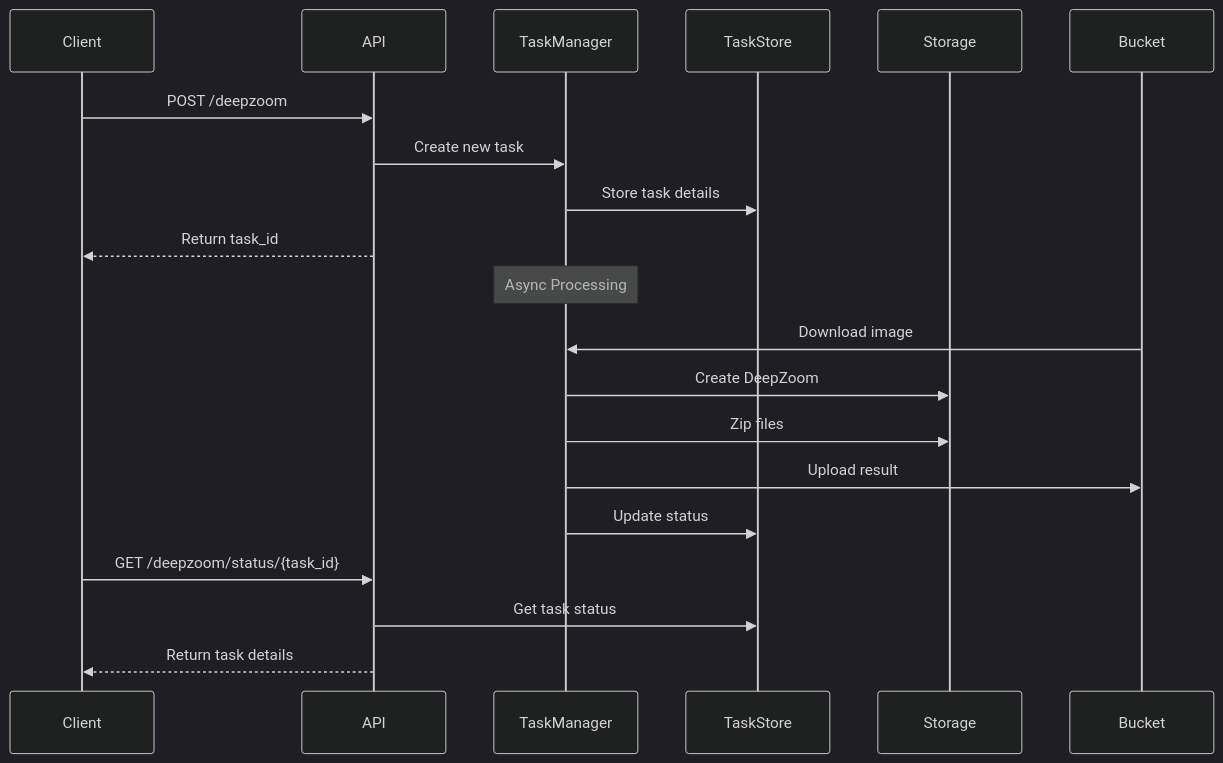
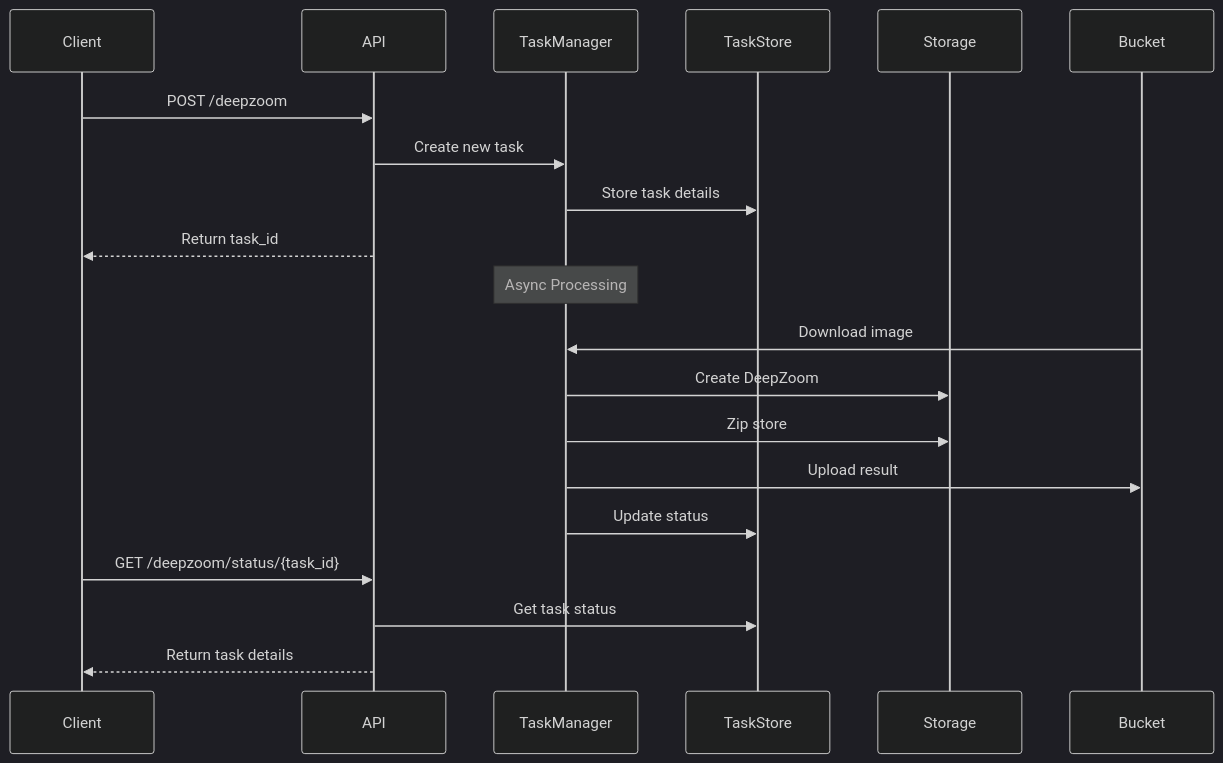
The diagram in README.md (ArdaBalkir/quint-deepzoom), drawn with Mermaid (dark theme) before and after one commit. The commit also changed other lines of this file, not shown here.

````diff
--- a/README.md
+++ b/README.md
@@ -27,26 +34,26 @@
 ```mermaid
 sequenceDiagram
     participant Client
     participant API
     participant TaskManager
     participant TaskStore
     participant Storage
     participant Bucket
 
     Client->>API: POST /deepzoom
     API->>TaskManager: Create new task
     TaskManager->>TaskStore: Store task details
     API-->>Client: Return task_id
-    
+
     Note over TaskManager: Async Processing
     Bucket->>TaskManager: Download image
     TaskManager->>Storage: Create DeepZoom
-    TaskManager->>Storage: Zip files
+    TaskManager->>Storage: Zip store
     TaskManager->>Bucket: Upload result
     TaskManager->>TaskStore: Update status
 
     Client->>API: GET /deepzoom/status/{task_id}
     API->>TaskStore: Get task status
     API-->>Client: Return task details
 
 ```
````
